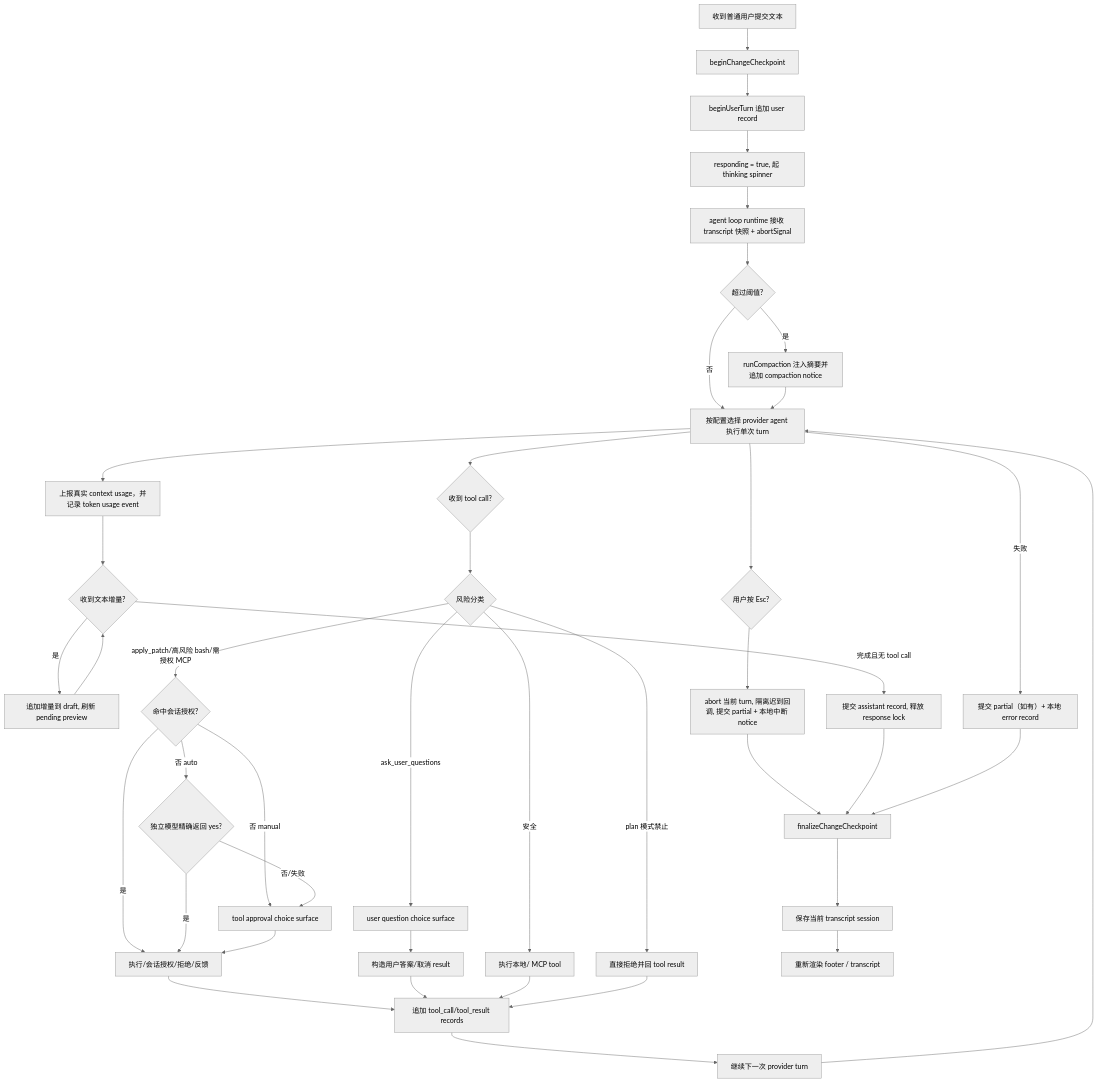
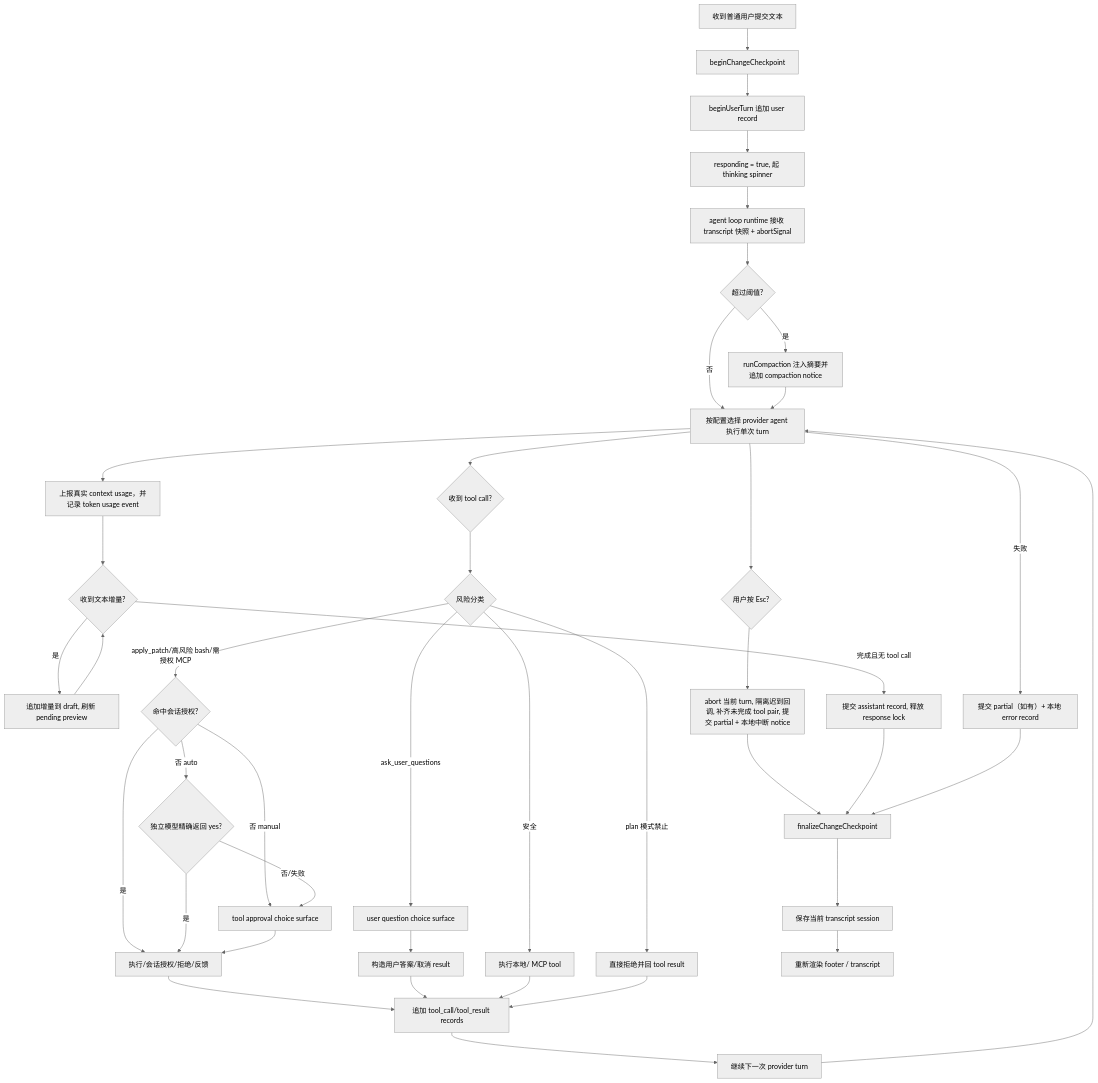
The third of 5 diagrams in docs/tui-architecture.md (eumendies/echo-tui), drawn with Mermaid (neutral theme) before and after one commit. The commit also changed other lines of this file, not shown here.

First line of the commit message:
docs: sync interrupted tool pair behavior

````diff
--- a/docs/tui-architecture.md
+++ b/docs/tui-architecture.md
@@ -281,46 +281,46 @@
 ```mermaid
 flowchart TB
     accTitle: LLM assistant response flow
     accDescr: The diagram shows the LLM assistant lifecycle from change checkpoint and response lock through thinking, streaming, tool continuation, error recovery, and unlock.
 
     submit["收到普通用户提交文本"] --> checkpoint["beginChangeCheckpoint"]
     checkpoint --> user_record["beginUserTurn 追加 user record"]
     user_record --> lock["responding = true, 起 thinking spinner"]
     lock --> run_agent["agent loop runtime 接收 transcript 快照 + abortSignal"]
     run_agent --> compact{"超过阈值?"}
     compact -->|是| do_compact["runCompaction 注入摘要并追加 compaction notice"]
     compact -->|否| provider_turn
     do_compact --> provider_turn["按配置选择 provider agent 执行单次 turn"]
     provider_turn --> usage["上报真实 context usage，并记录 token usage event"]
     usage --> stream{"收到文本增量?"}
     stream -->|是| token["追加增量到 draft, 刷新 pending preview"]
     token --> stream
     provider_turn --> tool_call{"收到 tool call?"}
     tool_call --> risk{"风险分类"}
     risk -->|apply_patch/高风险 bash/需授权 MCP| approval_cache{"命中会话授权?"}
     approval_cache -->|是| execute_or_deny
     approval_cache -->|否 manual| approval["tool approval choice surface"]
     approval_cache -->|否 auto| auto_review{"独立模型精确返回 yes?"}
     auto_review -->|是| execute_or_deny
     auto_review -->|否/失败| approval
     risk -->|ask_user_questions| question["user question choice surface"]
     risk -->|plan 模式禁止| reject["直接拒绝并回 tool result"]
     risk -->|安全| execute_tool["执行本地/ MCP tool"]
     approval --> execute_or_deny["执行/会话授权/拒绝/反馈"]
     question --> question_result["构造用户答案/取消 result"]
     execute_or_deny --> tool_result["追加 tool_call/tool_result records"]
     question_result --> tool_result
     execute_tool --> tool_result
     reject --> tool_result
     tool_result --> continuation["继续下一次 provider turn"]
     continuation --> provider_turn
     provider_turn --> interrupt{"用户按 Esc?"}
-    interrupt --> abort["abort 当前 turn, 隔离迟到回调, 提交 partial + 本地中断 notice"]
+    interrupt --> abort["abort 当前 turn, 隔离迟到回调, 补齐未完成 tool pair, 提交 partial + 本地中断 notice"]
     abort --> finalize
     stream -->|完成且无 tool call| complete["提交 assistant record, 释放 response lock"]
     complete --> finalize["finalizeChangeCheckpoint"]
     provider_turn -->|失败| error_record["提交 partial（如有）+ 本地 error record"]
     error_record --> finalize
     finalize --> persist["保存当前 transcript session"]
     persist --> redraw["重新渲染 footer / transcript"]
 ```
````
